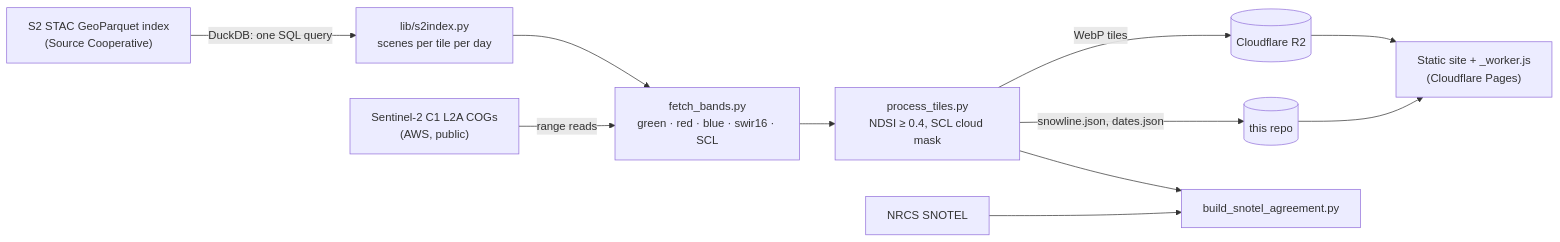
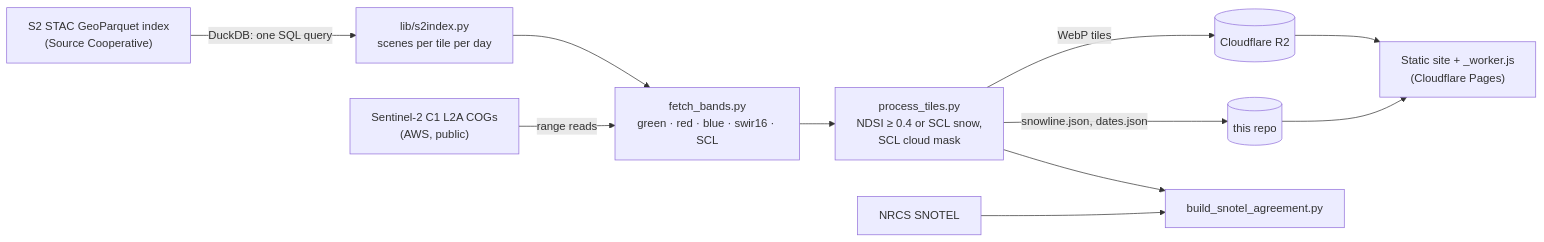
The diagram in README.md (itogeo/line), drawn with Mermaid before and after one commit. The commit also changed other lines of this file and 103 other files, not shown here.

First line of the commit message:
Snowline: reprocess the 2025-26 season; SCL snow term; open data

````diff
--- a/README.md
+++ b/README.md
@@ -18,13 +18,13 @@
 ```mermaid
 flowchart LR
   idx["S2 STAC GeoParquet index<br/>(Source Cooperative)"] -- "DuckDB: one SQL query" --> find["lib/s2index.py<br/>scenes per tile per day"]
   find --> fetch["fetch_bands.py<br/>green · red · blue · swir16 · SCL"]
   cog["Sentinel-2 C1 L2A COGs<br/>(AWS, public)"] -- "range reads" --> fetch
-  fetch --> proc["process_tiles.py<br/>NDSI ≥ 0.4, SCL cloud mask"]
+  fetch --> proc["process_tiles.py<br/>NDSI ≥ 0.4 or SCL snow,<br/>SCL cloud mask"]
   proc -- "WebP tiles" --> r2[("Cloudflare R2")]
   proc -- "snowline.json, dates.json" --> git[("this repo")]
   snotel["NRCS SNOTEL"] --> check["build_snotel_agreement.py"]
   proc --> check
   r2 --> site["Static site + _worker.js<br/>(Cloudflare Pages)"]
   git --> site
 ```
````
